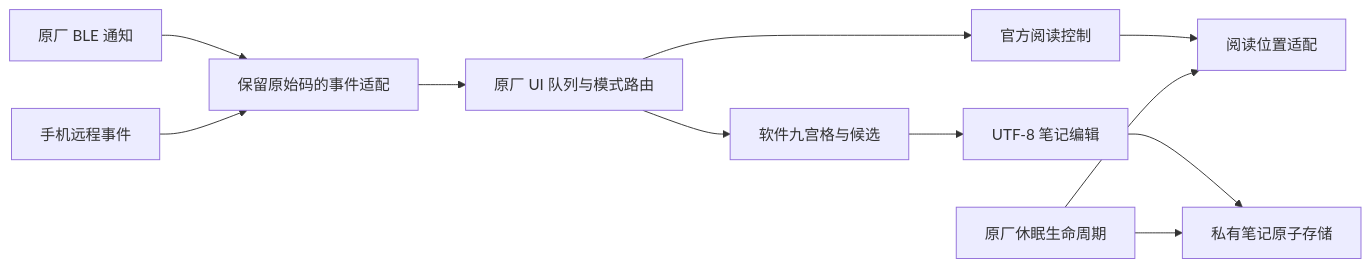
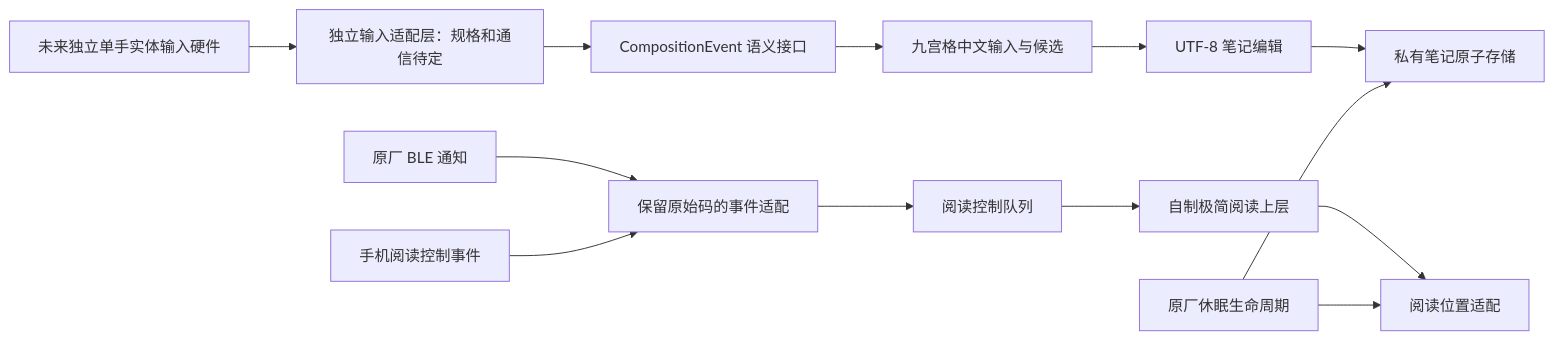
The diagram in docs/09_九宫格与笔记.md (whyzerohero/solreader-chinese), drawn with Mermaid before and after one commit. The commit also changed other lines of this file and 15 other files, not shown here.

Commit message:
Correct minimalist firmware scope and separate dedicated Chinese input hardware

````diff
--- a/docs/09_九宫格与笔记.md
+++ b/docs/09_九宫格与笔记.md
@@ -7,13 +7,15 @@
 ```mermaid
 flowchart LR
   remote[原厂 BLE 通知] --> adapter[保留原始码的事件适配]
-  app[手机远程事件] --> adapter
-  adapter --> queue[原厂 UI 队列与模式路由]
-  queue --> reader[官方阅读控制]
-  queue --> ime[软件九宫格与候选]
+  app[手机阅读控制事件] --> adapter
+  adapter --> queue[阅读控制队列]
+  queue --> reader[自制极简阅读上层]
+  hardware[未来独立单手实体输入硬件] --> dedicated[独立输入适配层：规格和通信待定]
+  dedicated --> composition[CompositionEvent 语义接口]
+  composition --> ime[九宫格中文输入与候选]
   ime --> editor[UTF-8 笔记编辑]
   reader --> progress[阅读位置适配]
   editor --> store[私有笔记原子存储]
   power[原厂休眠生命周期] --> progress
   power --> store
 ```
````
